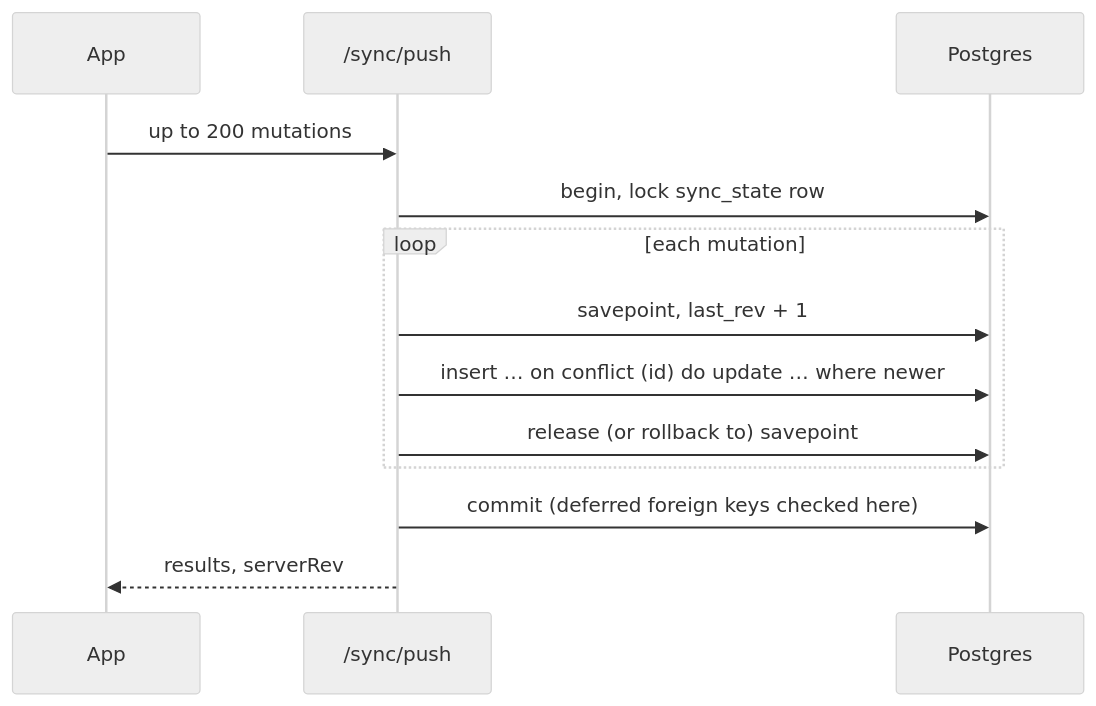
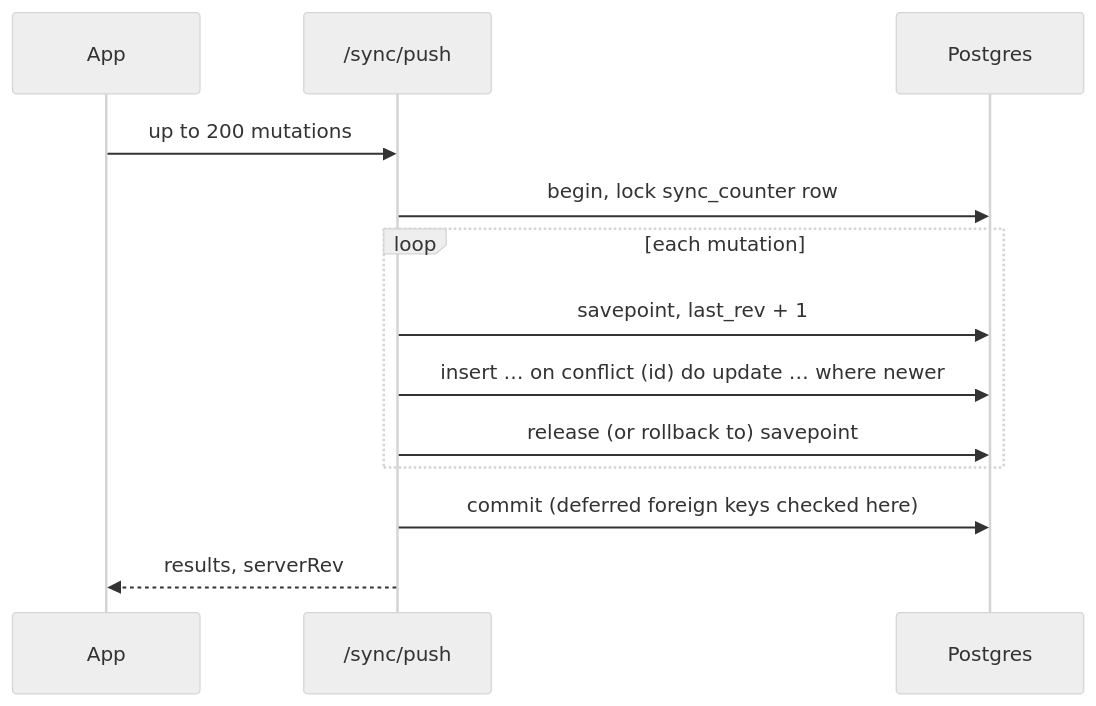
Before and after one commit to DAMHONGDUC/site-log-be: the second of 4 diagrams in docs/feature-docs/03-sync-uploads-realtime.md, drawn with Mermaid (neutral theme). The commit also changed other lines of this file and 2 other files, not shown here.

````diff
--- a/docs/feature-docs/03-sync-uploads-realtime.md
+++ b/docs/feature-docs/03-sync-uploads-realtime.md
@@ -63,15 +63,15 @@
 ```mermaid
 sequenceDiagram
     participant App
     participant API as /sync/push
     participant PG as Postgres
     App->>API: up to 200 mutations
-    API->>PG: begin, lock sync_state row
+    API->>PG: begin, lock sync_counter row
     loop each mutation
         API->>PG: savepoint, last_rev + 1
         API->>PG: insert … on conflict (id) do update … where newer
         API->>PG: release (or rollback to) savepoint
     end
     API->>PG: commit (deferred foreign keys checked here)
     API-->>App: results, serverRev
 ```
````
